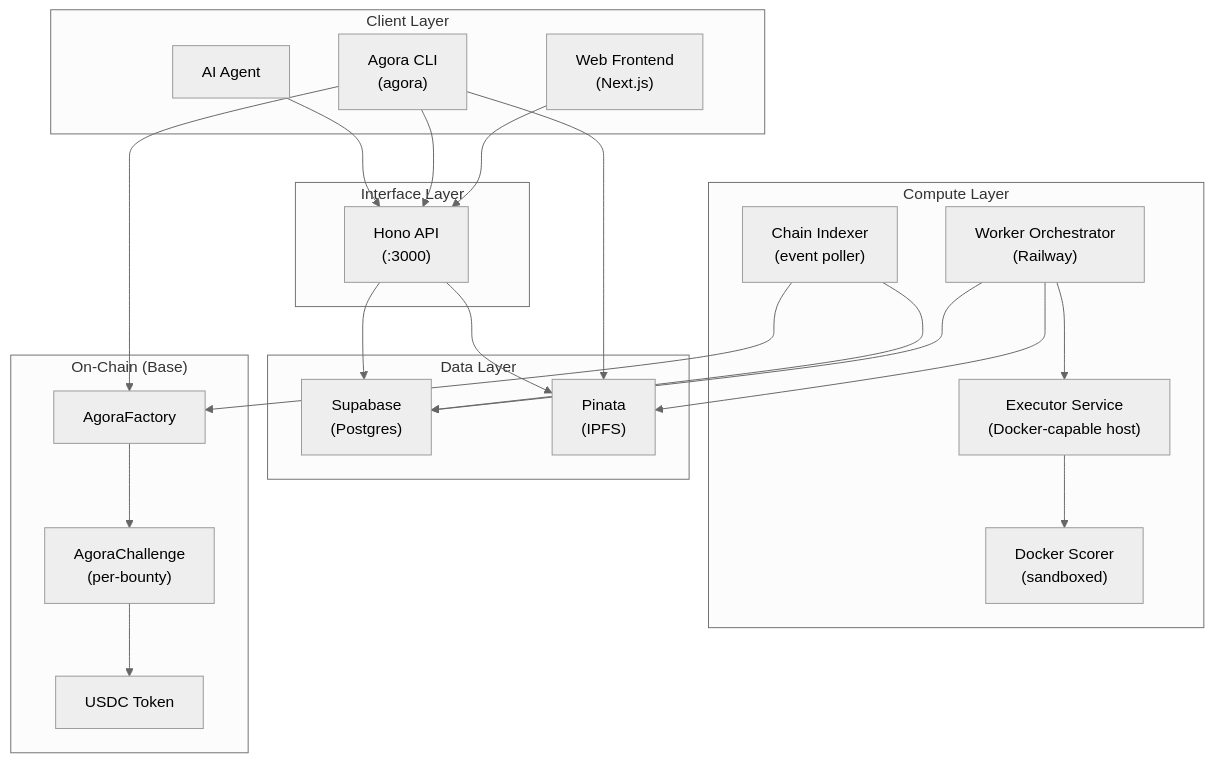
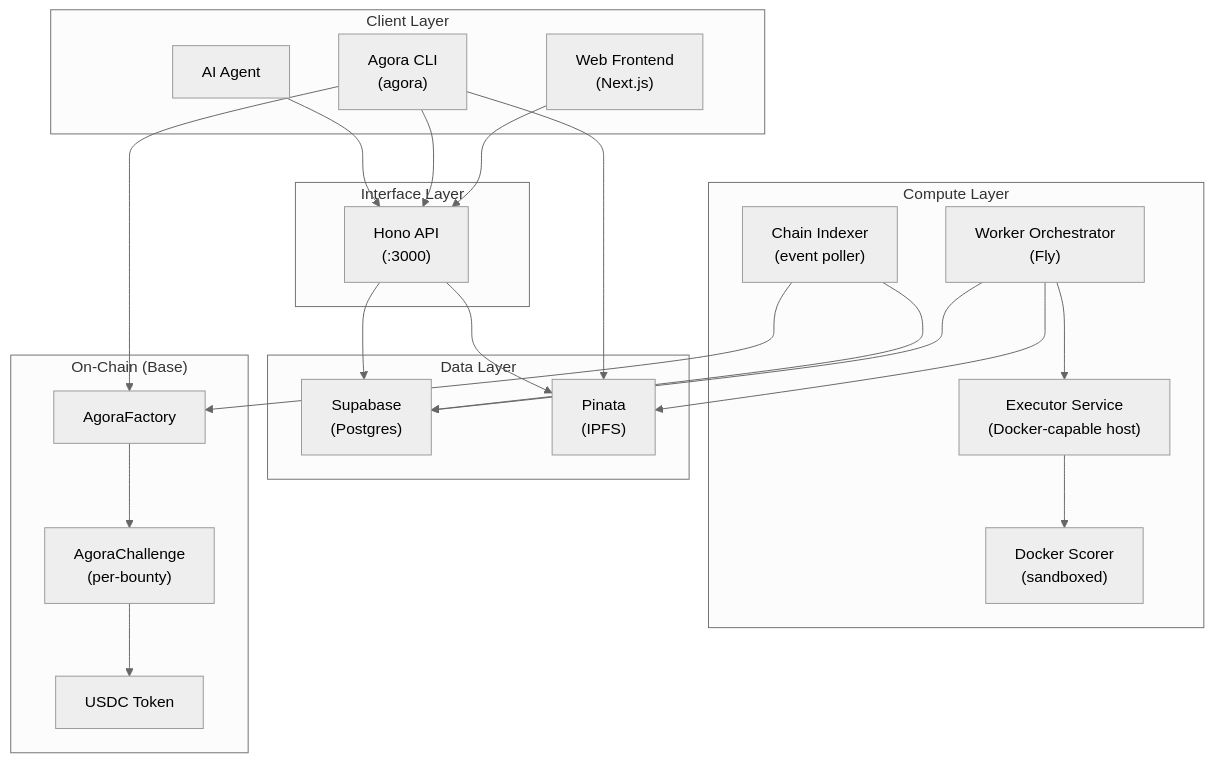
One commit to andymolecule/Hermes changed the first of 13 diagrams in docs/architecture.md. Above: the diagram before and after it, drawn with Mermaid (neutral theme). The commit also changed other lines of this file and 16 other files, not shown here.

````diff
--- a/docs/architecture.md
+++ b/docs/architecture.md
@@ -62,46 +62,46 @@
 ```mermaid
 flowchart TB
     subgraph Clients["Client Layer"]
         Web["Web Frontend<br/>(Next.js)"]
         CLI["Agora CLI<br/>(agora)"]
         Agent["AI Agent"]
     end
 
     subgraph Interfaces["Interface Layer"]
         API["Hono API<br/>(:3000)"]
     end
 
     subgraph Data["Data Layer"]
         DB["Supabase<br/>(Postgres)"]
         IPFS["Pinata<br/>(IPFS)"]
     end
 
     subgraph Compute["Compute Layer"]
-        Orchestrator["Worker Orchestrator<br/>(Railway)"]
+        Orchestrator["Worker Orchestrator<br/>(Fly)"]
         Executor["Executor Service<br/>(Docker-capable host)"]
         Scorer["Docker Scorer<br/>(sandboxed)"]
         Indexer["Chain Indexer<br/>(event poller)"]
     end
 
     subgraph Chain["On-Chain (Base)"]
         Factory["AgoraFactory"]
         Challenge["AgoraChallenge<br/>(per-bounty)"]
         USDC["USDC Token"]
     end
 
     Web --> API
     CLI --> API
     CLI --> Factory
     CLI --> IPFS
     Agent --> API
     API --> DB
     API --> IPFS
     Orchestrator --> DB
     Orchestrator --> IPFS
     Orchestrator --> Executor
     Executor --> Scorer
     Indexer --> Factory
     Indexer --> DB
     Factory --> Challenge
     Challenge --> USDC
 ```
````
